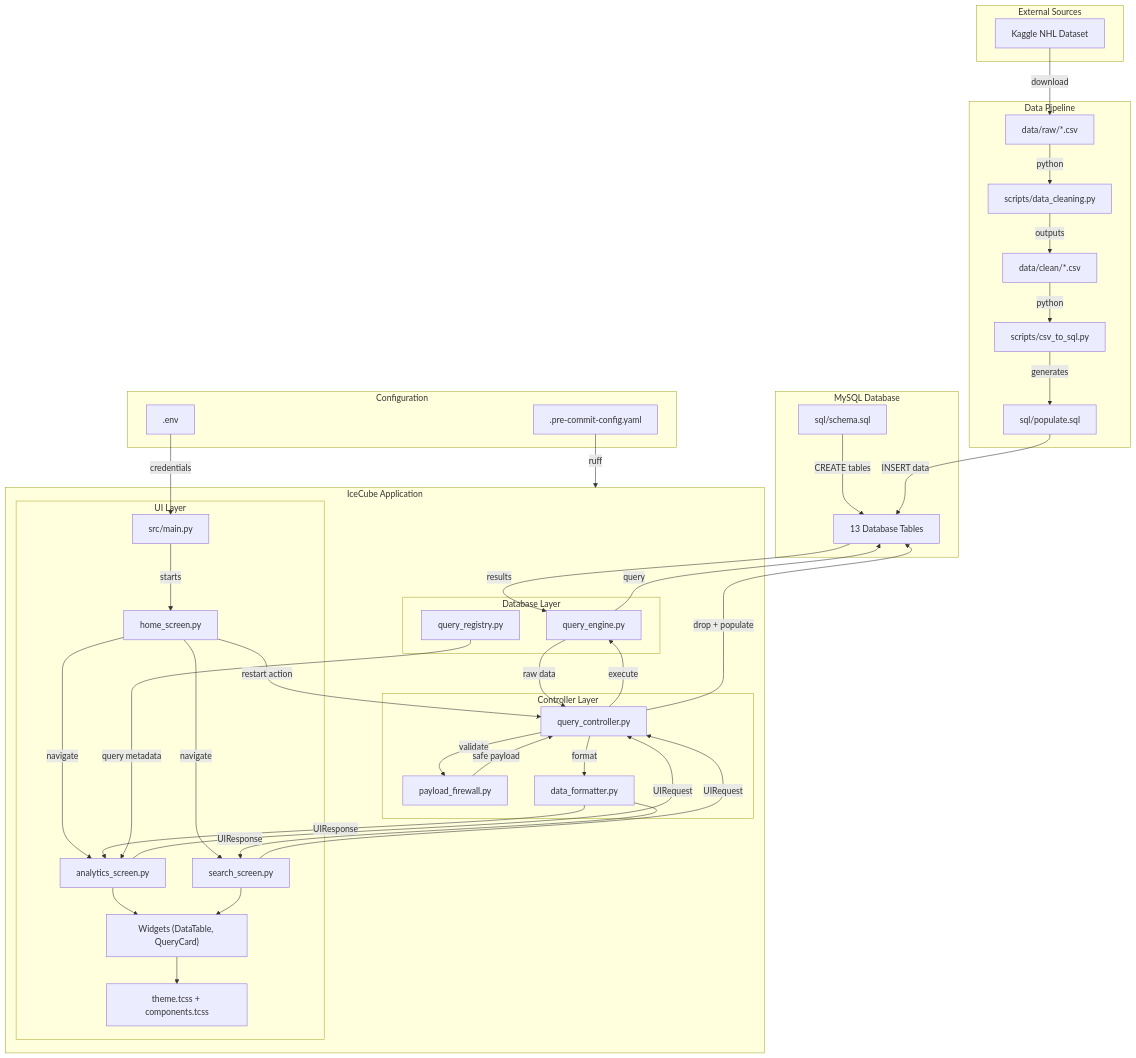
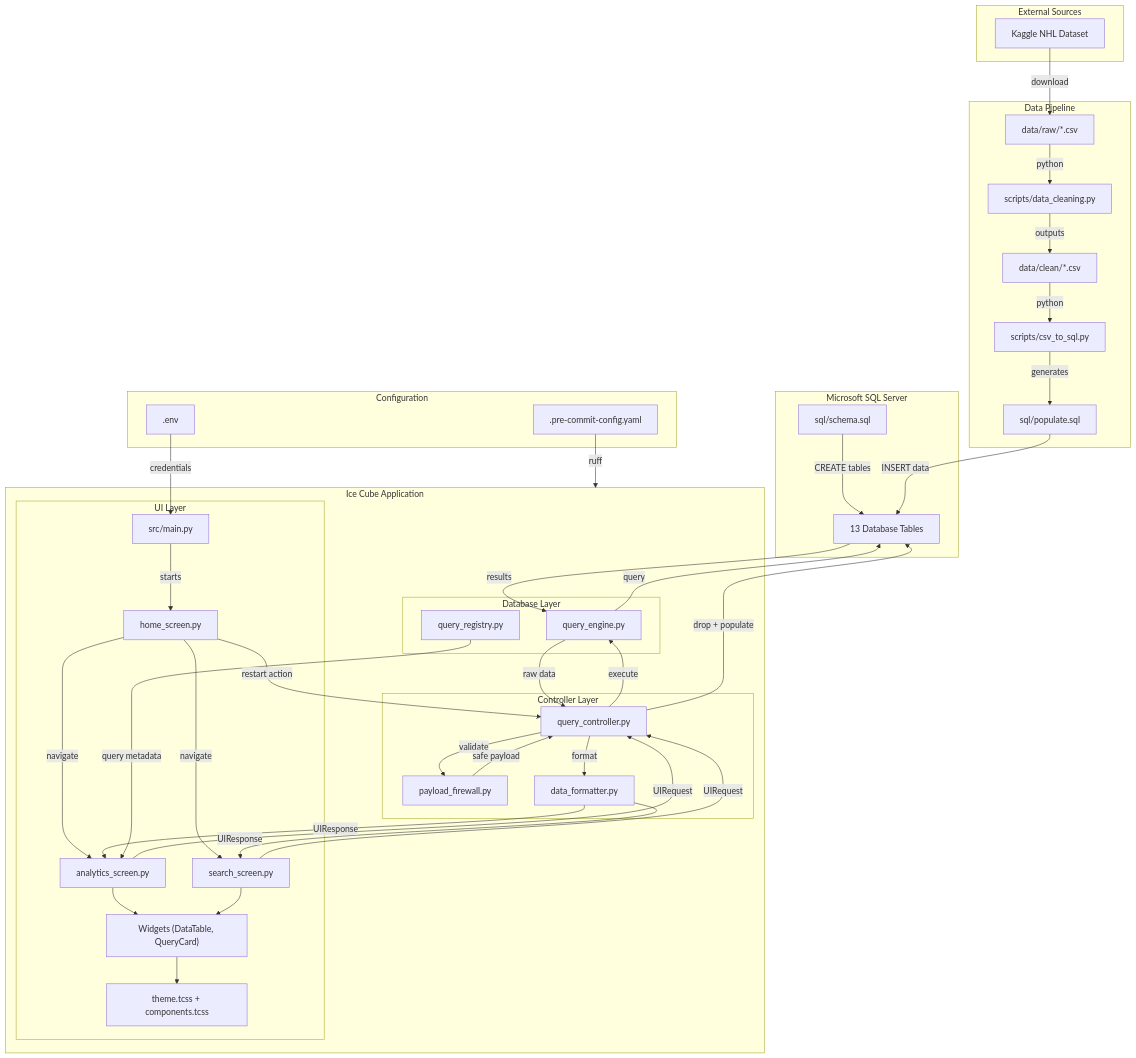
The diagram in README.md (im-varun/ice-cube), drawn with Mermaid before and after one commit. The commit also changed other lines of this file and 6 other files, not shown here.

```diff
--- a/README.md
+++ b/README.md
@@ -140,12 +136,12 @@
         PopulateSQL["sql/populate.sql"]
     end
 
-    subgraph Database["MySQL Database"]
+    subgraph Database["Microsoft SQL Server"]
         Schema["sql/schema.sql"]
         Tables["13 Database Tables"]
     end
 
-    subgraph Application["IceCube Application"]
+    subgraph Application["Ice Cube Application"]
         subgraph UI["UI Layer"]
             Main["src/main.py"]
             HomeScreen["home_screen.py"]
```
